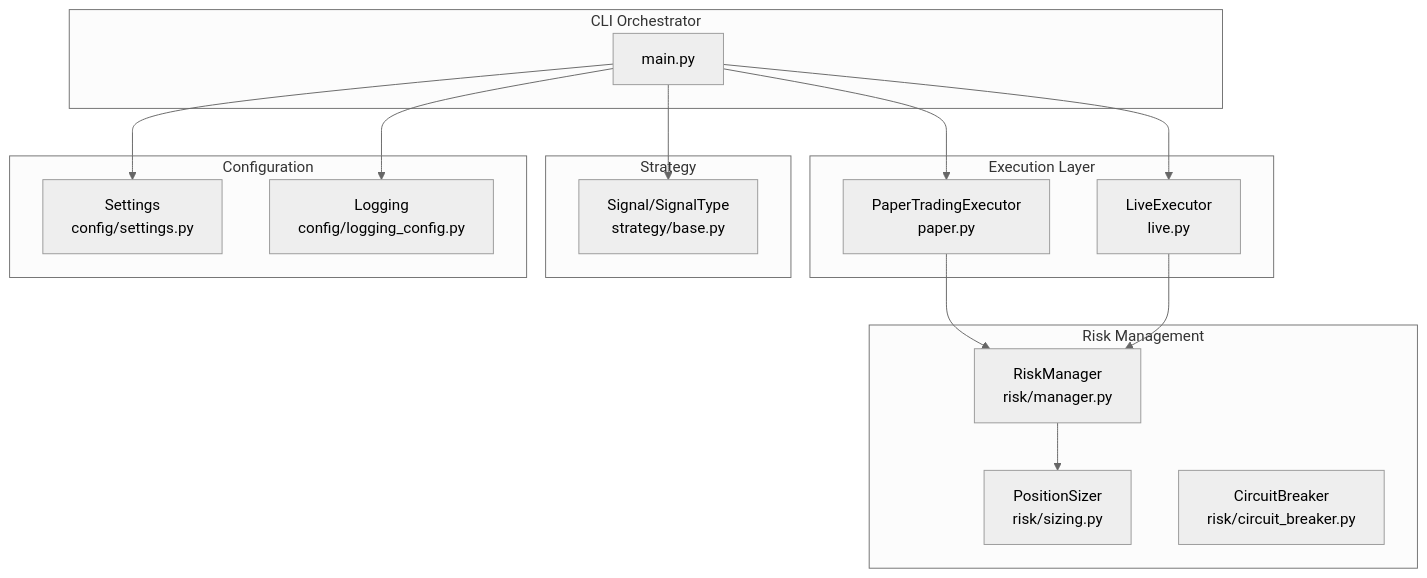
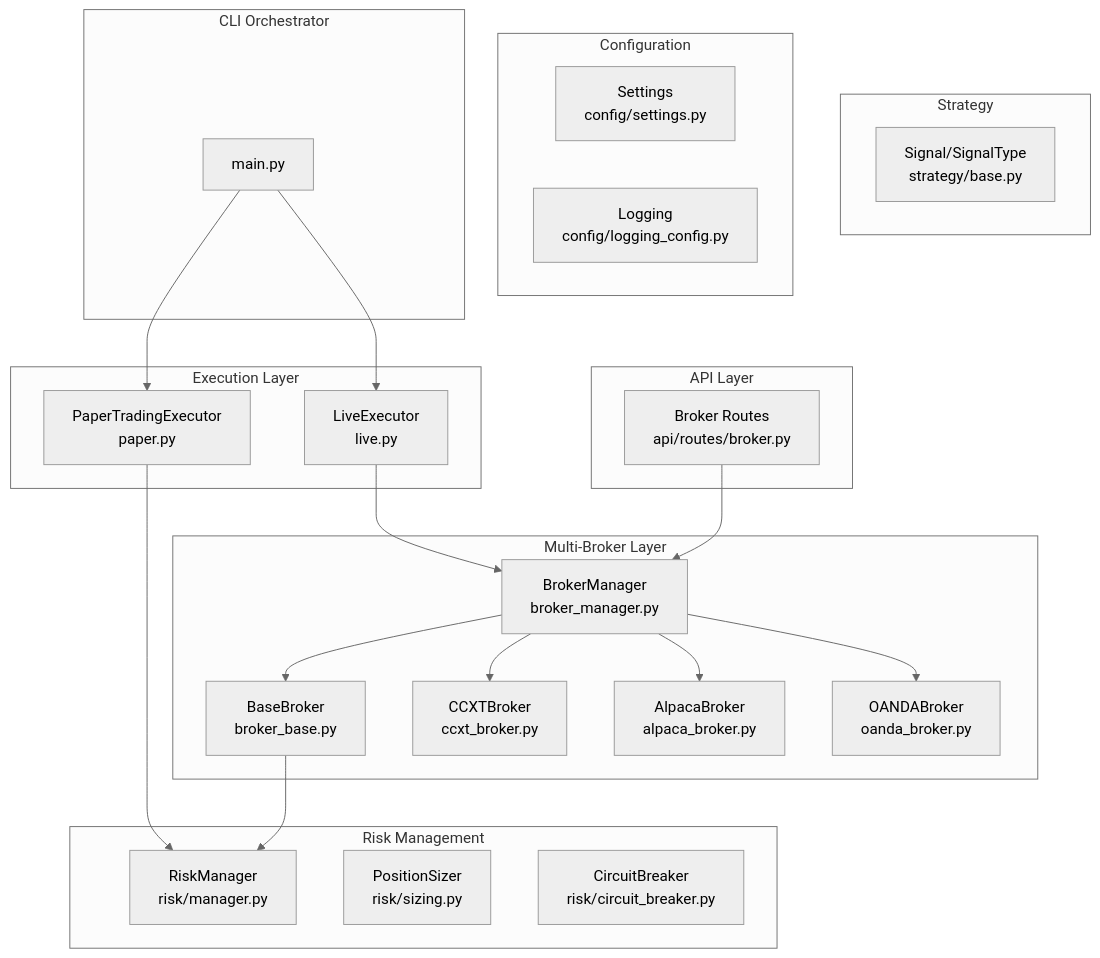
Before and after one commit to cavraeg-eng/Trading-App: the first of 8 diagrams in .qoder/repowiki/en/content/Execution Engine/Execution Engine.md, drawn with Mermaid (neutral theme). The commit also changed other lines of this file and 50 other files, not shown here.

````diff
--- a/.qoder/repowiki/en/content/Execution Engine/Execution Engine.md
+++ b/.qoder/repowiki/en/content/Execution Engine/Execution Engine.md
@@ -37,30 +54,42 @@
 ```mermaid
 graph TB
 subgraph "Execution Layer"
 P["PaperTradingExecutor<br/>paper.py"]
 L["LiveExecutor<br/>live.py"]
+end
+subgraph "Multi-Broker Layer"
+BB["BaseBroker<br/>broker_base.py"]
+BM["BrokerManager<br/>broker_manager.py"]
+CCXT["CCXTBroker<br/>ccxt_broker.py"]
+ALP["AlpacaBroker<br/>alpaca_broker.py"]
+OANDA["OANDABroker<br/>oanda_broker.py"]
 end
 subgraph "Risk Management"
 RM["RiskManager<br/>risk/manager.py"]
 PS["PositionSizer<br/>risk/sizing.py"]
 CB["CircuitBreaker<br/>risk/circuit_breaker.py"]
 end
 subgraph "Strategy"
 SB["Signal/SignalType<br/>strategy/base.py"]
 end
 subgraph "Configuration"
 ST["Settings<br/>config/settings.py"]
 LG["Logging<br/>config/logging_config.py"]
 end
+subgraph "API Layer"
+API["Broker Routes<br/>api/routes/broker.py"]
+end
 subgraph "CLI Orchestrator"
 M["main.py"]
 end
 M --> P
 M --> L
 P --> RM
-L --> RM
-RM --> PS
-M --> ST
-M --> LG
-M --> SB
+L --> BM
+BM --> BB
+BM --> CCXT
+BM --> ALP
+BM --> OANDA
+BB --> RM
+API --> BM
 ```
````
